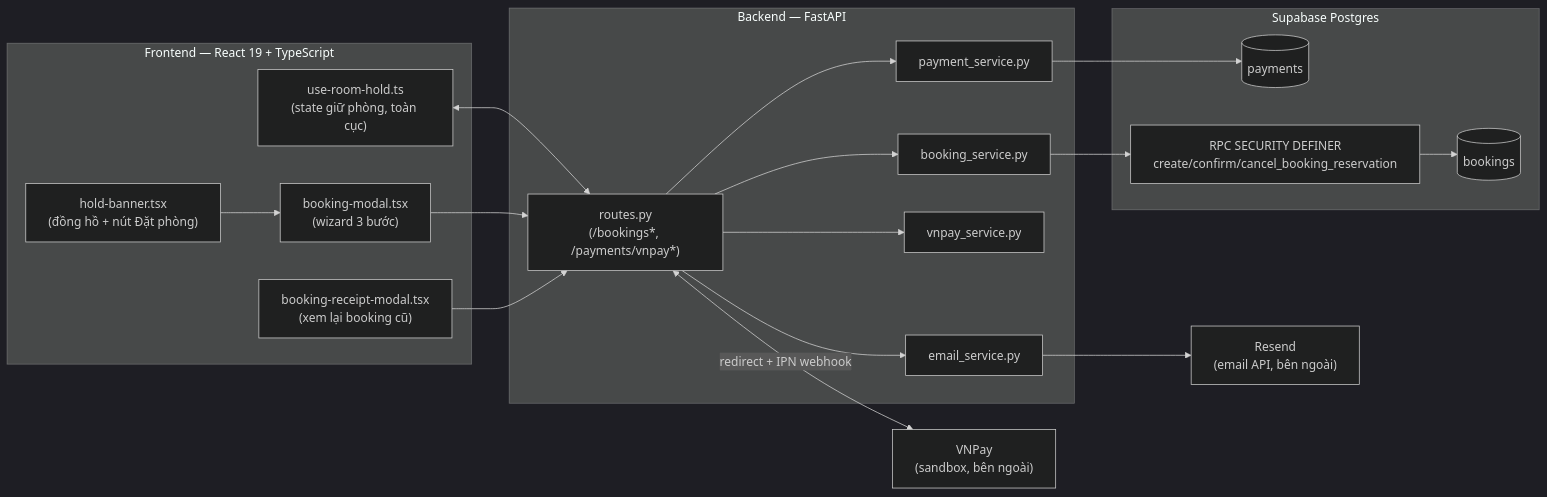
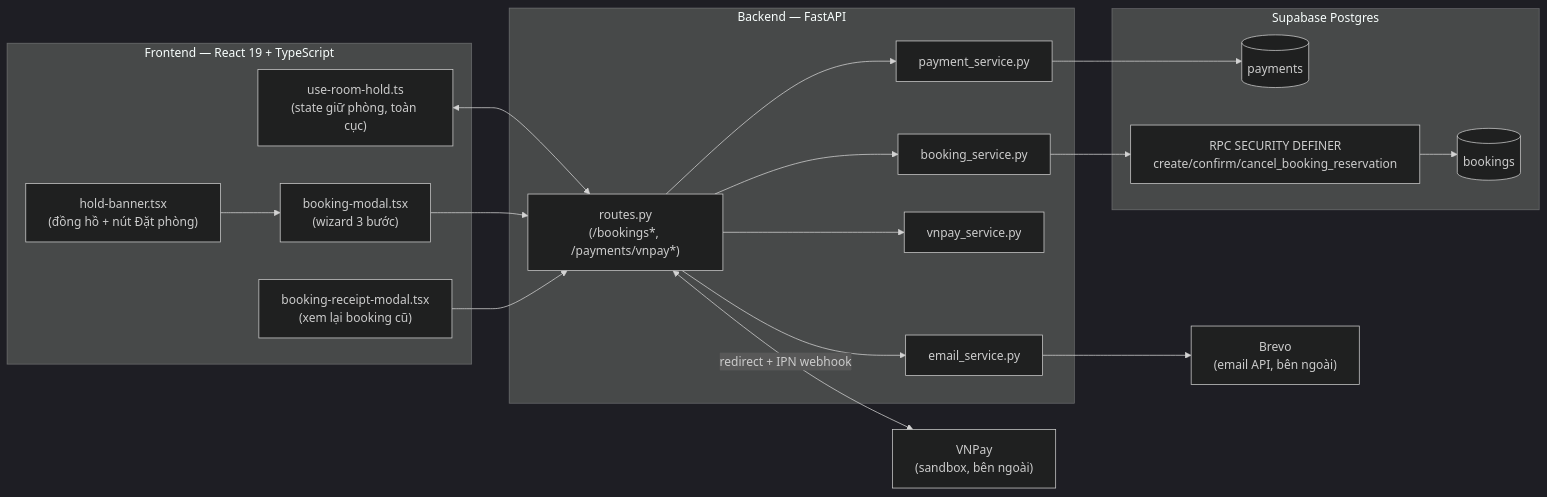
The first of 4 diagrams in docs/architecture/booking_and_payment_workflow_vi.md (0infinitive0/VSF-Intern-project), drawn with Mermaid (dark theme) before and after one commit. The commit also changed other lines of this file and 25 other files, not shown here.

````diff
--- a/docs/architecture/booking_and_payment_workflow_vi.md
+++ b/docs/architecture/booking_and_payment_workflow_vi.md
@@ -13,37 +13,37 @@
 ```mermaid
 flowchart LR
     subgraph FE["Frontend — React 19 + TypeScript"]
         RH["use-room-hold.ts<br/>(state giữ phòng, toàn cục)"]
         BM["booking-modal.tsx<br/>(wizard 3 bước)"]
         HB["hold-banner.tsx<br/>(đồng hồ + nút Đặt phòng)"]
         RM["booking-receipt-modal.tsx<br/>(xem lại booking cũ)"]
     end
 
     subgraph BE["Backend — FastAPI"]
         BS["booking_service.py"]
         PS["payment_service.py"]
         VS["vnpay_service.py"]
         ES["email_service.py"]
         RT["routes.py<br/>(/bookings*, /payments/vnpay*)"]
     end
 
     subgraph DB["Supabase Postgres"]
         BT[("bookings")]
         PT[("payments")]
         RPC["RPC SECURITY DEFINER<br/>create/confirm/cancel_booking_reservation"]
     end
 
     VNP["VNPay<br/>(sandbox, bên ngoài)"]
-    MAIL["Resend<br/>(email API, bên ngoài)"]
+    MAIL["Brevo<br/>(email API, bên ngoài)"]
 
     RH <--> RT
     BM --> RT
     HB --> BM
     RM --> RT
     RT --> BS --> RPC
     RT --> PS --> PT
     RT --> VS
     RT --> ES --> MAIL
     RPC --> BT
     RT <-->|"redirect + IPN webhook"| VNP
 ```
````
